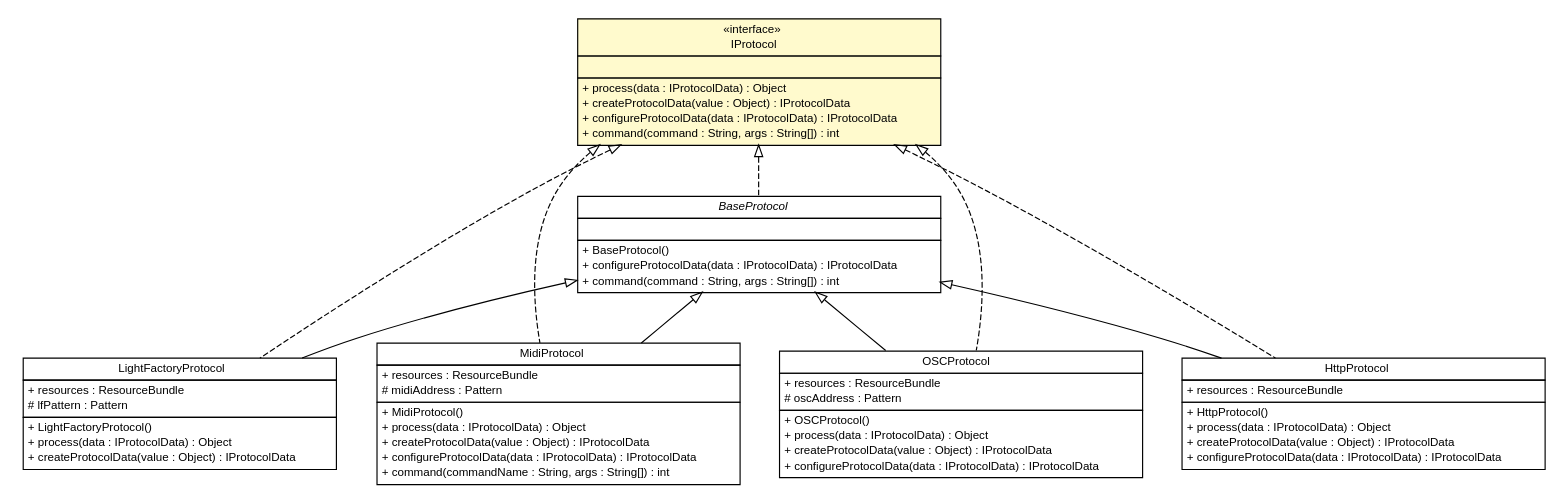
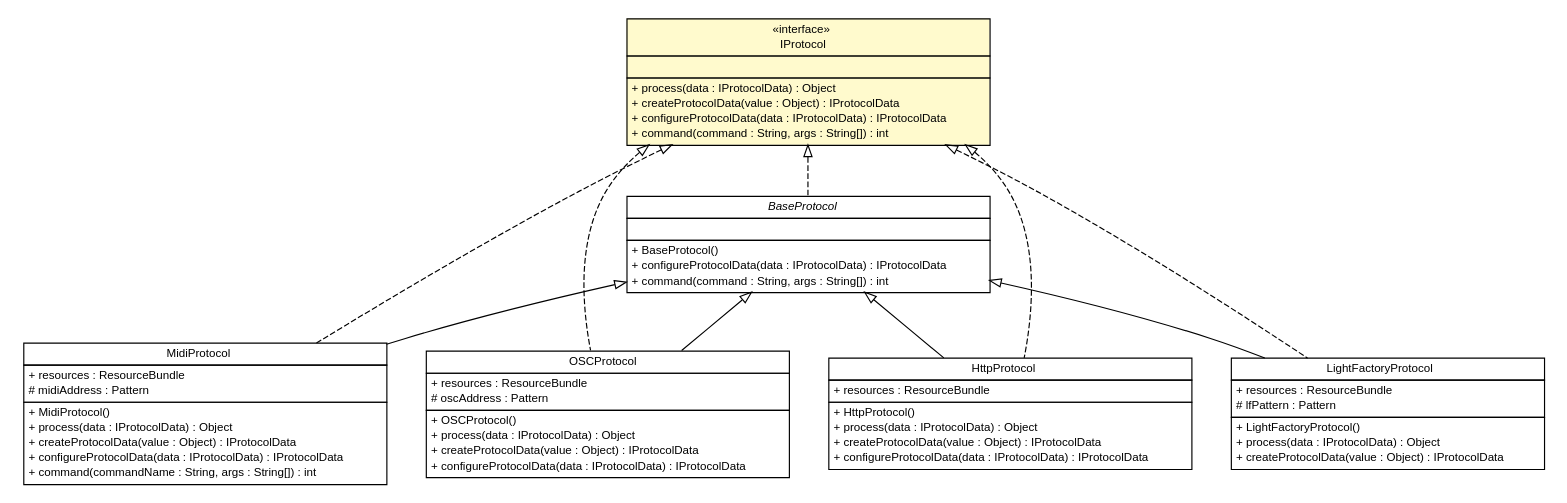
Before and after one commit to pcross616/lf-osc-proxy: the diagram in apidocs/com/xley/lfosc/IProtocol.dot, drawn with Graphviz. The commit also changed 340 other files, not shown here.

```diff
--- a/apidocs/com/xley/lfosc/IProtocol.dot
+++ b/apidocs/com/xley/lfosc/IProtocol.dot
@@ -1,123 +1,123 @@
 #!/usr/local/bin/dot
 #
 # Class diagram 
 # Generated by UMLGraph version R5_6 (http://www.umlgraph.org/)
 #
 
 digraph G {
 	edge [fontname="Helvetica",fontsize=10,labelfontname="Helvetica",labelfontsize=10];
 	node [fontname="Helvetica",fontsize=10,shape=plaintext];
 	nodesep=0.25;
 	ranksep=0.5;
-	// com.xley.lfosc.IProtocol
-	c1176 [label=<<table title="com.xley.lfosc.IProtocol" border="0" cellborder="1" cellspacing="0" cellpadding="2" port="p" bgcolor="lemonChiffon" href="./IProtocol.html">
-		<tr><td><table border="0" cellspacing="0" cellpadding="1">
-<tr><td align="center" balign="center"> &#171;interface&#187; </td></tr>
-<tr><td align="center" balign="center"> IProtocol </td></tr>
-		</table></td></tr>
-		<tr><td><table border="0" cellspacing="0" cellpadding="1">
-<tr><td align="left" balign="left">  </td></tr>
-		</table></td></tr>
-		<tr><td><table border="0" cellspacing="0" cellpadding="1">
-<tr><td align="left" balign="left"> + process(data : IProtocolData) : Object </td></tr>
-<tr><td align="left" balign="left"> + createProtocolData(value : Object) : IProtocolData </td></tr>
-<tr><td align="left" balign="left"> + configureProtocolData(data : IProtocolData) : IProtocolData </td></tr>
-<tr><td align="left" balign="left"> + command(command : String, args : String[]) : int </td></tr>
-		</table></td></tr>
-		</table>>, URL="./IProtocol.html", fontname="Helvetica", fontcolor="black", fontsize=10.0];
-	// com.xley.lfosc.lightfactory.LightFactoryProtocol
-	c1182 [label=<<table title="com.xley.lfosc.lightfactory.LightFactoryProtocol" border="0" cellborder="1" cellspacing="0" cellpadding="2" port="p" href="./lightfactory/LightFactoryProtocol.html">
-		<tr><td><table border="0" cellspacing="0" cellpadding="1">
-<tr><td align="center" balign="center"> LightFactoryProtocol </td></tr>
-		</table></td></tr>
-		<tr><td><table border="0" cellspacing="0" cellpadding="1">
-<tr><td align="left" balign="left"> + resources : ResourceBundle </td></tr>
-<tr><td align="left" balign="left"> # lfPattern : Pattern </td></tr>
-		</table></td></tr>
-		<tr><td><table border="0" cellspacing="0" cellpadding="1">
-<tr><td align="left" balign="left"> + LightFactoryProtocol() </td></tr>
-<tr><td align="left" balign="left"> + process(data : IProtocolData) : Object </td></tr>
-<tr><td align="left" balign="left"> + createProtocolData(value : Object) : IProtocolData </td></tr>
-		</table></td></tr>
-		</table>>, URL="./lightfactory/LightFactoryProtocol.html", fontname="Helvetica", fontcolor="black", fontsize=10.0];
 	// com.xley.lfosc.midi.MidiProtocol
-	c1191 [label=<<table title="com.xley.lfosc.midi.MidiProtocol" border="0" cellborder="1" cellspacing="0" cellpadding="2" port="p" href="./midi/MidiProtocol.html">
+	c1176 [label=<<table title="com.xley.lfosc.midi.MidiProtocol" border="0" cellborder="1" cellspacing="0" cellpadding="2" port="p" href="./midi/MidiProtocol.html">
 		<tr><td><table border="0" cellspacing="0" cellpadding="1">
 <tr><td align="center" balign="center"> MidiProtocol </td></tr>
 		</table></td></tr>
 		<tr><td><table border="0" cellspacing="0" cellpadding="1">
 <tr><td align="left" balign="left"> + resources : ResourceBundle </td></tr>
 <tr><td align="left" balign="left"> # midiAddress : Pattern </td></tr>
 		</table></td></tr>
 		<tr><td><table border="0" cellspacing="0" cellpadding="1">
 <tr><td align="left" balign="left"> + MidiProtocol() </td></tr>
 <tr><td align="left" balign="left"> + process(data : IProtocolData) : Object </td></tr>
 <tr><td align="left" balign="left"> + createProtocolData(value : Object) : IProtocolData </td></tr>
 <tr><td align="left" balign="left"> + configureProtocolData(data : IProtocolData) : IProtocolData </td></tr>
 <tr><td align="left" balign="left"> + command(commandName : String, args : String[]) : int </td></tr>
 		</table></td></tr>
 		</table>>, URL="./midi/MidiProtocol.html", fontname="Helvetica", fontcolor="black", fontsize=10.0];
+	// com.xley.lfosc.IProtocol
+	c1188 [label=<<table title="com.xley.lfosc.IProtocol" border="0" cellborder="1" cellspacing="0" cellpadding="2" port="p" bgcolor="lemonChiffon" href="./IProtocol.html">
+		<tr><td><table border="0" cellspacing="0" cellpadding="1">
+<tr><td align="center" balign="center"> &#171;interface&#187; </td></tr>
+<tr><td align="center" balign="center"> IProtocol </td></tr>
+		</table></td></tr>
+		<tr><td><table border="0" cellspacing="0" cellpadding="1">
+<tr><td align="left" balign="left">  </td></tr>
+		</table></td></tr>
+		<tr><td><table border="0" cellspacing="0" cellpadding="1">
+<tr><td align="left" balign="left"> + process(data : IProtocolData) : Object </td></tr>
+<tr><td align="left" balign="left"> + createProtocolData(value : Object) : IProtocolData </td></tr>
+<tr><td align="left" balign="left"> + configureProtocolData(data : IProtocolData) : IProtocolData </td></tr>
+<tr><td align="left" balign="left"> + command(command : String, args : String[]) : int </td></tr>
+		</table></td></tr>
+		</table>>, URL="./IProtocol.html", fontname="Helvetica", fontcolor="black", fontsize=10.0];
 	// com.xley.lfosc.osc.OSCProtocol
-	c1199 [label=<<table title="com.xley.lfosc.osc.OSCProtocol" border="0" cellborder="1" cellspacing="0" cellpadding="2" port="p" href="./osc/OSCProtocol.html">
+	c1190 [label=<<table title="com.xley.lfosc.osc.OSCProtocol" border="0" cellborder="1" cellspacing="0" cellpadding="2" port="p" href="./osc/OSCProtocol.html">
 		<tr><td><table border="0" cellspacing="0" cellpadding="1">
 <tr><td align="center" balign="center"> OSCProtocol </td></tr>
 		</table></td></tr>
 		<tr><td><table border="0" cellspacing="0" cellpadding="1">
 <tr><td align="left" balign="left"> + resources : ResourceBundle </td></tr>
 <tr><td align="left" balign="left"> # oscAddress : Pattern </td></tr>
 		</table></td></tr>
 		<tr><td><table border="0" cellspacing="0" cellpadding="1">
 <tr><td align="left" balign="left"> + OSCProtocol() </td></tr>
 <tr><td align="left" balign="left"> + process(data : IProtocolData) : Object </td></tr>
 <tr><td align="left" balign="left"> + createProtocolData(value : Object) : IProtocolData </td></tr>
 <tr><td align="left" balign="left"> + configureProtocolData(data : IProtocolData) : IProtocolData </td></tr>
 		</table></td></tr>
 		</table>>, URL="./osc/OSCProtocol.html", fontname="Helvetica", fontcolor="black", fontsize=10.0];
 	// com.xley.lfosc.http.HttpProtocol
 	c1202 [label=<<table title="com.xley.lfosc.http.HttpProtocol" border="0" cellborder="1" cellspacing="0" cellpadding="2" port="p" href="./http/HttpProtocol.html">
 		<tr><td><table border="0" cellspacing="0" cellpadding="1">
 <tr><td align="center" balign="center"> HttpProtocol </td></tr>
 		</table></td></tr>
 		<tr><td><table border="0" cellspacing="0" cellpadding="1">
 <tr><td align="left" balign="left"> + resources : ResourceBundle </td></tr>
 		</table></td></tr>
 		<tr><td><table border="0" cellspacing="0" cellpadding="1">
 <tr><td align="left" balign="left"> + HttpProtocol() </td></tr>
 <tr><td align="left" balign="left"> + process(data : IProtocolData) : Object </td></tr>
 <tr><td align="left" balign="left"> + createProtocolData(value : Object) : IProtocolData </td></tr>
 <tr><td align="left" balign="left"> + configureProtocolData(data : IProtocolData) : IProtocolData </td></tr>
 		</table></td></tr>
 		</table>>, URL="./http/HttpProtocol.html", fontname="Helvetica", fontcolor="black", fontsize=10.0];
+	// com.xley.lfosc.lightfactory.LightFactoryProtocol
+	c1203 [label=<<table title="com.xley.lfosc.lightfactory.LightFactoryProtocol" border="0" cellborder="1" cellspacing="0" cellpadding="2" port="p" href="./lightfactory/LightFactoryProtocol.html">
+		<tr><td><table border="0" cellspacing="0" cellpadding="1">
+<tr><td align="center" balign="center"> LightFactoryProtocol </td></tr>
+		</table></td></tr>
+		<tr><td><table border="0" cellspacing="0" cellpadding="1">
+<tr><td align="left" balign="left"> + resources : ResourceBundle </td></tr>
+<tr><td align="left" balign="left"> # lfPattern : Pattern </td></tr>
+		</table></td></tr>
+		<tr><td><table border="0" cellspacing="0" cellpadding="1">
+<tr><td align="left" balign="left"> + LightFactoryProtocol() </td></tr>
+<tr><td align="left" balign="left"> + process(data : IProtocolData) : Object </td></tr>
+<tr><td align="left" balign="left"> + createProtocolData(value : Object) : IProtocolData </td></tr>
+		</table></td></tr>
+		</table>>, URL="./lightfactory/LightFactoryProtocol.html", fontname="Helvetica", fontcolor="black", fontsize=10.0];
 	// com.xley.lfosc.impl.BaseProtocol
 	c1210 [label=<<table title="com.xley.lfosc.impl.BaseProtocol" border="0" cellborder="1" cellspacing="0" cellpadding="2" port="p" href="./impl/BaseProtocol.html">
 		<tr><td><table border="0" cellspacing="0" cellpadding="1">
 <tr><td align="center" balign="center"><font face="Helvetica-Oblique"> BaseProtocol </font></td></tr>
 		</table></td></tr>
 		<tr><td><table border="0" cellspacing="0" cellpadding="1">
 <tr><td align="left" balign="left">  </td></tr>
 		</table></td></tr>
 		<tr><td><table border="0" cellspacing="0" cellpadding="1">
 <tr><td align="left" balign="left"> + BaseProtocol() </td></tr>
 <tr><td align="left" balign="left"> + configureProtocolData(data : IProtocolData) : IProtocolData </td></tr>
 <tr><td align="left" balign="left"> + command(command : String, args : String[]) : int </td></tr>
 		</table></td></tr>
 		</table>>, URL="./impl/BaseProtocol.html", fontname="Helvetica", fontcolor="black", fontsize=10.0];
-	//com.xley.lfosc.lightfactory.LightFactoryProtocol extends com.xley.lfosc.impl.BaseProtocol
-	c1210:p -> c1182:p [dir=back,arrowtail=empty];
-	//com.xley.lfosc.lightfactory.LightFactoryProtocol implements com.xley.lfosc.IProtocol
-	c1176:p -> c1182:p [dir=back,arrowtail=empty,style=dashed];
 	//com.xley.lfosc.midi.MidiProtocol extends com.xley.lfosc.impl.BaseProtocol
-	c1210:p -> c1191:p [dir=back,arrowtail=empty];
+	c1210:p -> c1176:p [dir=back,arrowtail=empty];
 	//com.xley.lfosc.midi.MidiProtocol implements com.xley.lfosc.IProtocol
-	c1176:p -> c1191:p [dir=back,arrowtail=empty,style=dashed];
+	c1188:p -> c1176:p [dir=back,arrowtail=empty,style=dashed];
 	//com.xley.lfosc.osc.OSCProtocol extends com.xley.lfosc.impl.BaseProtocol
-	c1210:p -> c1199:p [dir=back,arrowtail=empty];
+	c1210:p -> c1190:p [dir=back,arrowtail=empty];
 	//com.xley.lfosc.osc.OSCProtocol implements com.xley.lfosc.IProtocol
-	c1176:p -> c1199:p [dir=back,arrowtail=empty,style=dashed];
+	c1188:p -> c1190:p [dir=back,arrowtail=empty,style=dashed];
 	//com.xley.lfosc.http.HttpProtocol extends com.xley.lfosc.impl.BaseProtocol
 	c1210:p -> c1202:p [dir=back,arrowtail=empty];
 	//com.xley.lfosc.http.HttpProtocol implements com.xley.lfosc.IProtocol
-	c1176:p -> c1202:p [dir=back,arrowtail=empty,style=dashed];
+	c1188:p -> c1202:p [dir=back,arrowtail=empty,style=dashed];
+	//com.xley.lfosc.lightfactory.LightFactoryProtocol extends com.xley.lfosc.impl.BaseProtocol
+	c1210:p -> c1203:p [dir=back,arrowtail=empty];
+	//com.xley.lfosc.lightfactory.LightFactoryProtocol implements com.xley.lfosc.IProtocol
+	c1188:p -> c1203:p [dir=back,arrowtail=empty,style=dashed];
 	//com.xley.lfosc.impl.BaseProtocol implements com.xley.lfosc.IProtocol
-	c1176:p -> c1210:p [dir=back,arrowtail=empty,style=dashed];
+	c1188:p -> c1210:p [dir=back,arrowtail=empty,style=dashed];
 }
```
